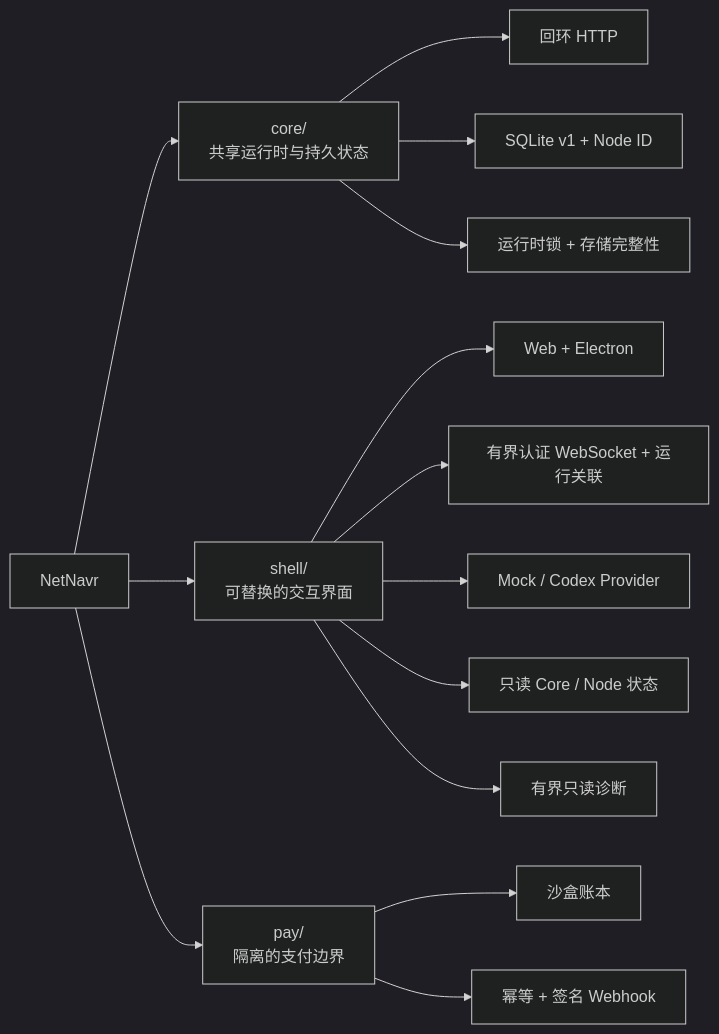
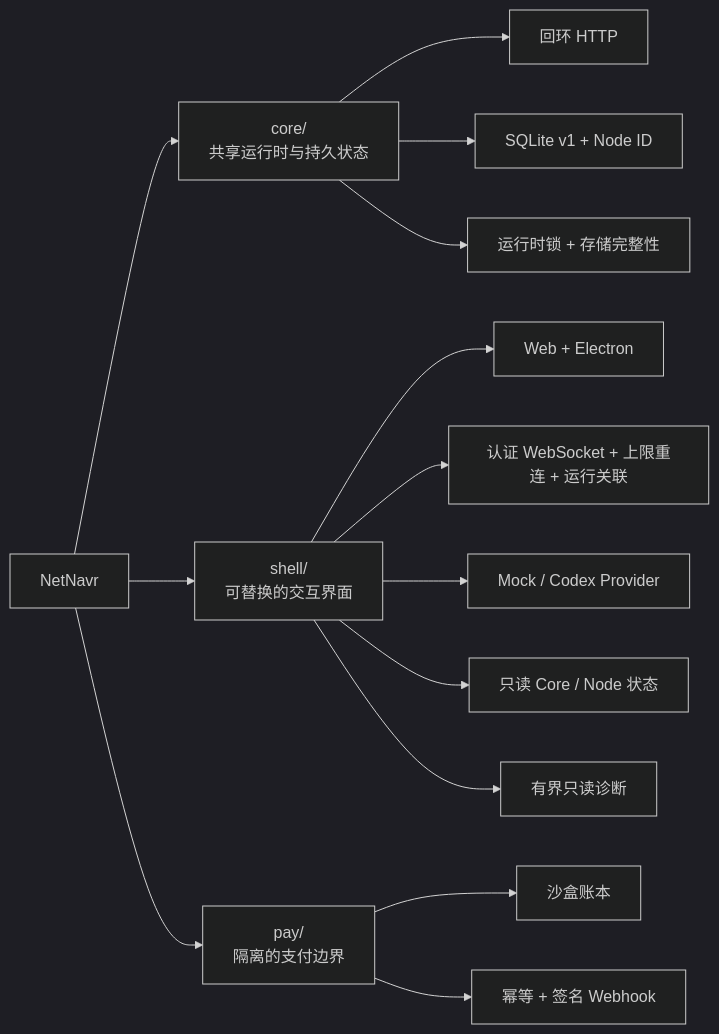
Before and after one commit to PM100Fun/NetNavr: the diagram in README.zh-CN.md, drawn with Mermaid (dark theme). The commit also changed other lines of this file and 10 other files, not shown here.

````diff
--- a/README.zh-CN.md
+++ b/README.zh-CN.md
@@ -115,19 +116,19 @@
 ```mermaid
 flowchart LR
     R["NetNavr"] --> C["core/<br/>共享运行时与持久状态"]
     R --> S["shell/<br/>可替换的交互界面"]
     R --> P["pay/<br/>隔离的支付边界"]
 
     C --> C1["回环 HTTP"]
     C --> C2["SQLite v1 + Node ID"]
     C --> C3["运行时锁 + 存储完整性"]
 
     S --> S1["Web + Electron"]
-    S --> S2["有界认证 WebSocket + 运行关联"]
+    S --> S2["认证 WebSocket + 上限重连 + 运行关联"]
     S --> S3["Mock / Codex Provider"]
     S --> S4["只读 Core / Node 状态"]
     S --> S5["有界只读诊断"]
 
     P --> P1["沙盒账本"]
     P --> P2["幂等 + 签名 Webhook"]
 ```
````
